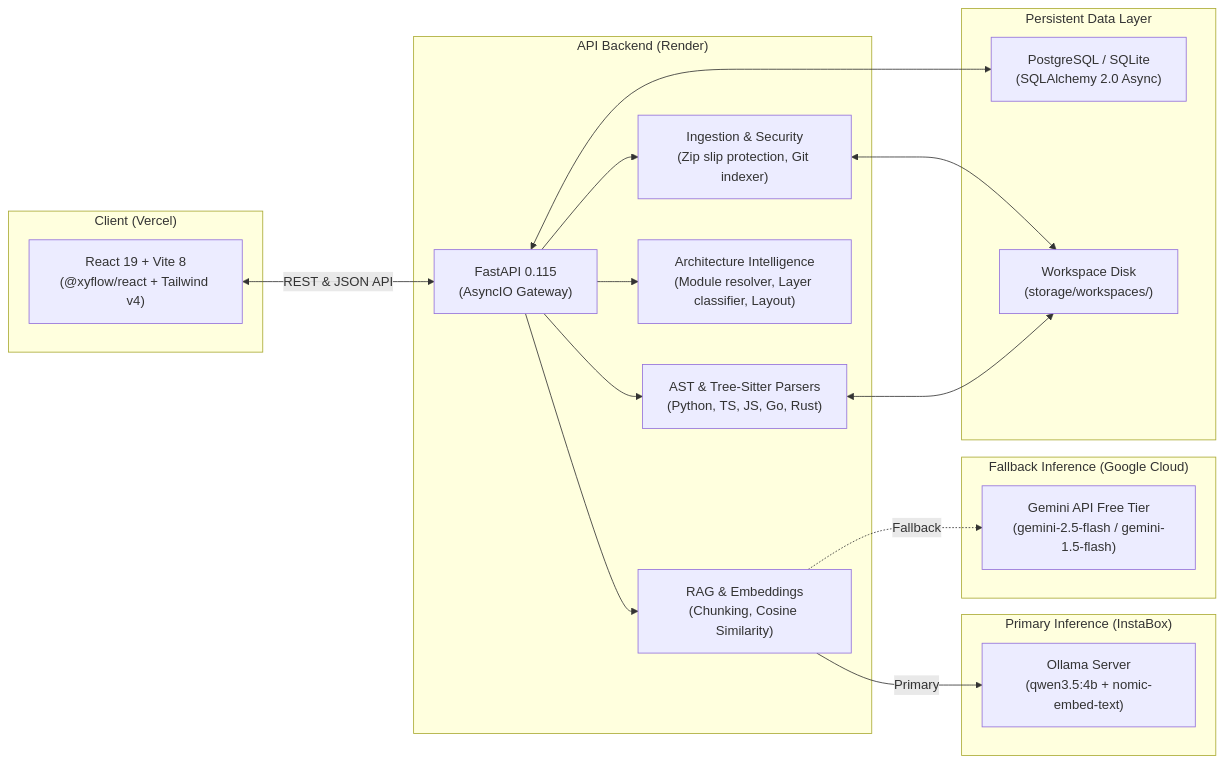
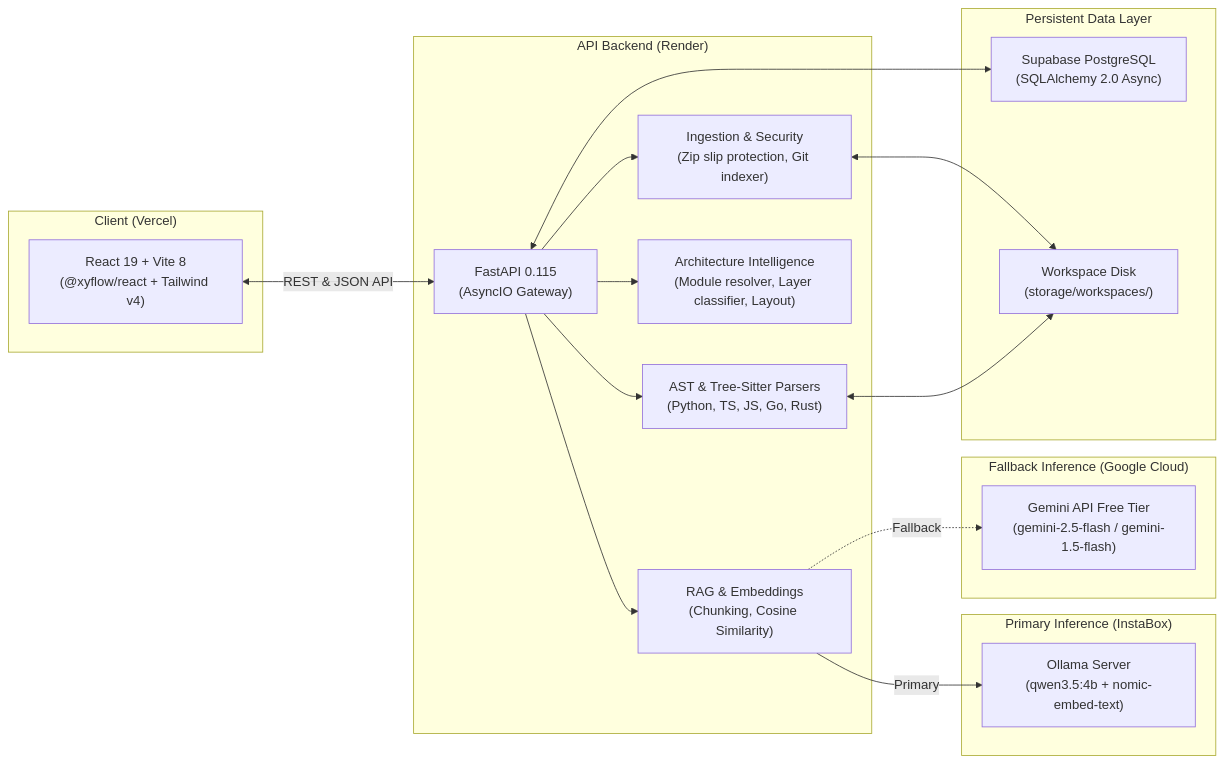
The diagram in docs/architecture/system-architecture.md (ZEESHAN0603/RepoMind-AI), drawn with Mermaid before and after one commit. The commit also changed 13 other files, not shown here.

Commit message:
Postgres to Supabase DB

````diff
--- a/docs/architecture/system-architecture.md
+++ b/docs/architecture/system-architecture.md
@@ -7,38 +7,38 @@
 ```mermaid
 flowchart LR
     subgraph Client ["Client (Vercel)"]
         UI["React 19 + Vite 8\n(@xyflow/react + Tailwind v4)"]
     end
 
     subgraph BackendGateway ["API Backend (Render)"]
         FastAPIApp["FastAPI 0.115\n(AsyncIO Gateway)"]
         IngestionService["Ingestion & Security\n(Zip slip protection, Git indexer)"]
         ParserRegistry["AST & Tree-Sitter Parsers\n(Python, TS, JS, Go, Rust)"]
         ArchEngine["Architecture Intelligence\n(Module resolver, Layer classifier, Layout)"]
         RAGService["RAG & Embeddings\n(Chunking, Cosine Similarity)"]
     end
 
     subgraph PrimaryAI ["Primary Inference (InstaBox)"]
         OllamaServer["Ollama Server\n(qwen3.5:4b + nomic-embed-text)"]
     end
 
     subgraph FallbackAI ["Fallback Inference (Google Cloud)"]
         GeminiAPI["Gemini API Free Tier\n(gemini-2.5-flash / gemini-1.5-flash)"]
     end
 
     subgraph Storage ["Persistent Data Layer"]
-        PostgresDB["PostgreSQL / SQLite\n(SQLAlchemy 2.0 Async)"]
+        PostgresDB["Supabase PostgreSQL\n(SQLAlchemy 2.0 Async)"]
         LocalWS["Workspace Disk\n(storage/workspaces/)"]
     end
 
     UI <-->|REST & JSON API| FastAPIApp
     FastAPIApp --> IngestionService
     FastAPIApp --> ParserRegistry
     FastAPIApp --> ArchEngine
     FastAPIApp --> RAGService
     RAGService -->|Primary| OllamaServer
     RAGService -.->|Fallback| GeminiAPI
     FastAPIApp <--> PostgresDB
     IngestionService <--> LocalWS
     ParserRegistry <--> LocalWS
 ```
````
